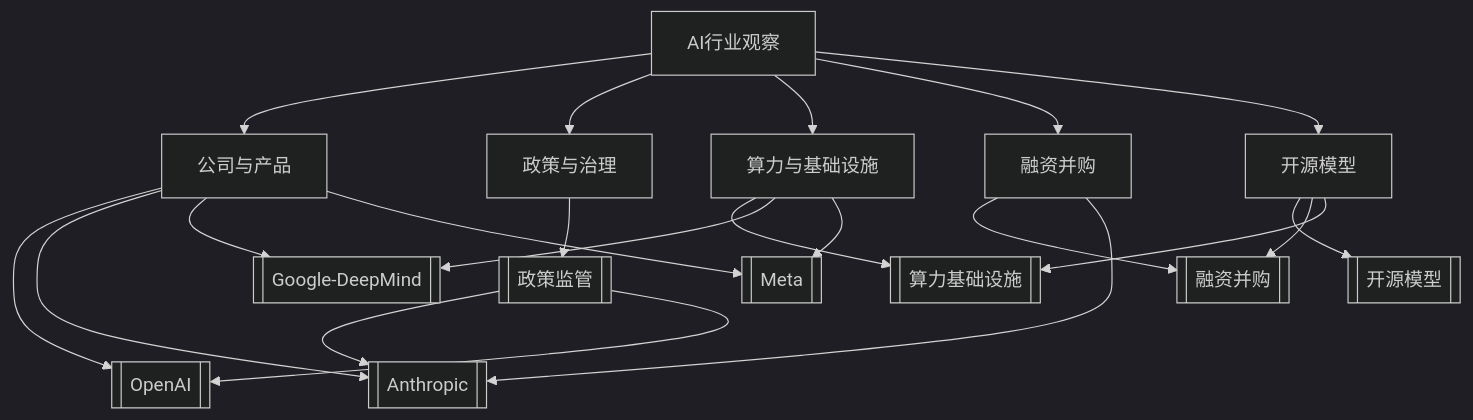
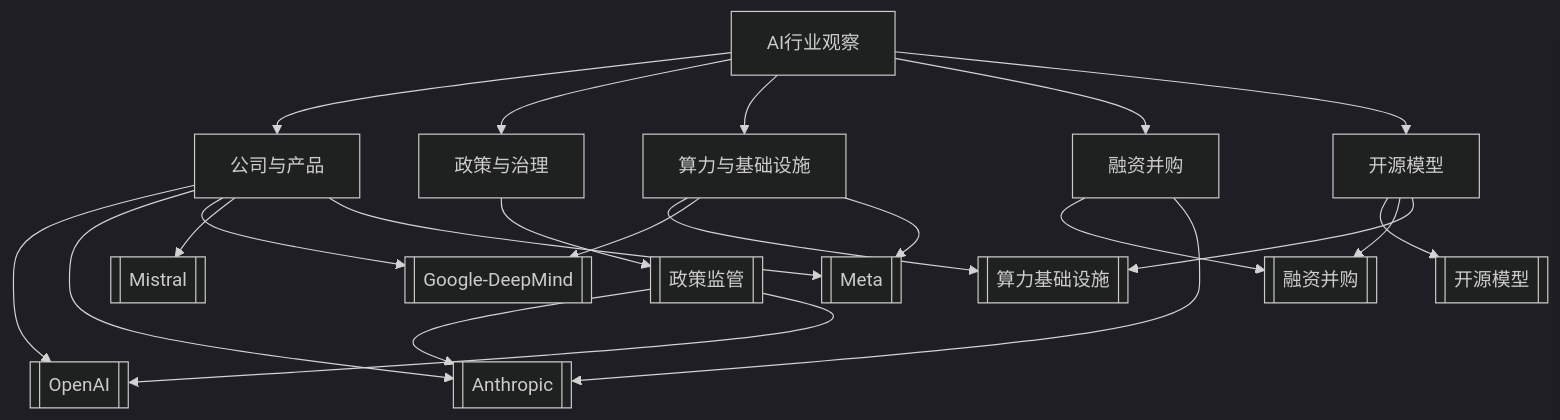
The diagram in 20-AI/AI日记/Topics/00-AI主题地图.md (mjs618/Obsidian), drawn with Mermaid (dark theme) before and after one commit. The commit also changed other lines of this file and 60 other files, not shown here.

````diff
--- a/20-AI/AI日记/Topics/00-AI主题地图.md
+++ b/20-AI/AI日记/Topics/00-AI主题地图.md
@@ -18,25 +18,26 @@
 ```mermaid
 flowchart TD
     AI[AI行业观察] --> Company[公司与产品]
     AI --> Governance[政策与治理]
     AI --> Infra[算力与基础设施]
     AI --> Capital[融资并购]
     AI --> OpenModels[开源模型]
 
     Company --> OpenAI[[OpenAI]]
     Company --> Anthropic[[Anthropic]]
     Company --> Google[[Google-DeepMind]]
+    Company --> Mistral[[Mistral]]
     Company --> Meta[[Meta]]
     Governance --> Policy[[政策监管]]
     Infra --> Compute[[算力基础设施]]
     Capital --> Deals[[融资并购]]
     OpenModels --> OSS[[开源模型]]
 
     Policy --> Anthropic
     Policy --> OpenAI
     Infra --> Google
     Infra --> Meta
     Capital --> Anthropic
     OpenModels --> Deals
     OpenModels --> Compute
 ```
````
